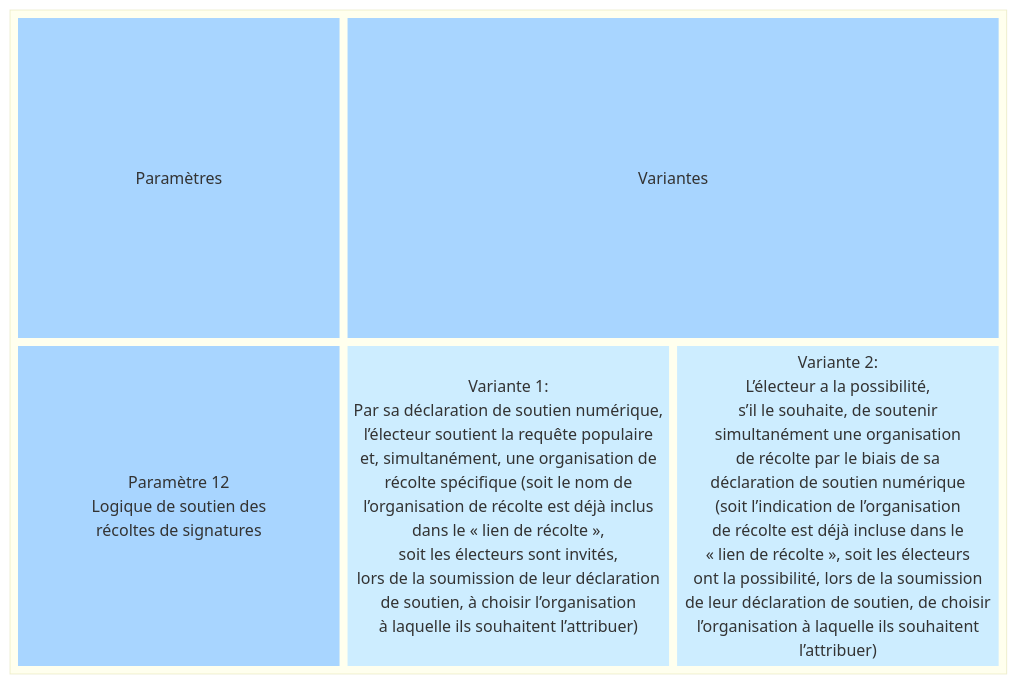
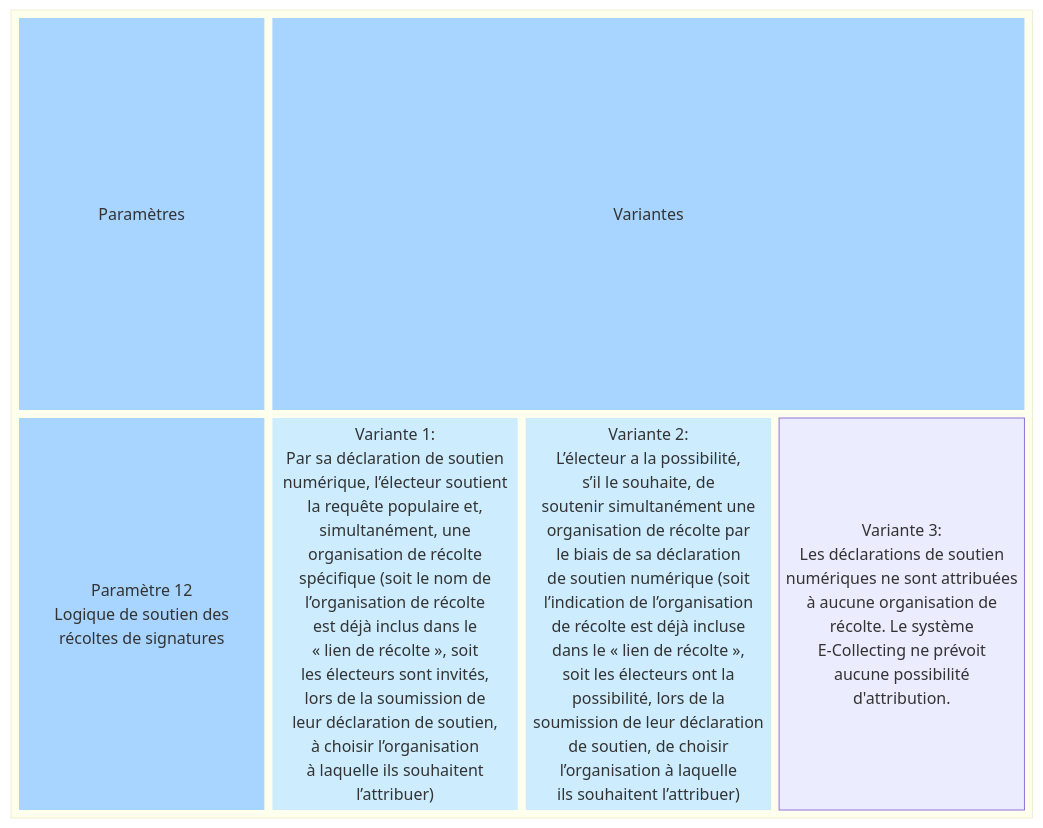
One commit to swiss/e-collecting changed the first of 2 diagrams in docs/morphological-box/parameter-12.md. Above: the diagram before and after it, drawn with Mermaid. The commit also changed other lines of this file, not shown here.

````diff
--- a/docs/morphological-box/parameter-12.md
+++ b/docs/morphological-box/parameter-12.md
@@ -15,40 +15,57 @@
 ```mermaid
 block
   block
-    columns 3
+    columns 4
     t1["Paramètres"]
-    t2["Variantes"]:2
+    t2["Variantes"]:3
     d["Paramètre 12
     Logique de soutien des
     récoltes de signatures "]
     a1["Variante 1:
-    Par sa déclaration de soutien numérique,
-    l’électeur soutient la requête populaire
-    et, simultanément, une organisation de
-    récolte spécifique (soit le nom de
-    l’organisation de récolte est déjà inclus
-    dans le « lien de récolte »,
-    soit les électeurs sont invités,
-    lors de la soumission de leur déclaration
-    de soutien, à choisir l’organisation
-    à laquelle ils souhaitent l’attribuer)"]
+    Par sa déclaration de soutien
+    numérique, l’électeur soutient
+    la requête populaire et,
+    simultanément, une 
+    organisation de récolte
+    spécifique (soit le nom de
+    l’organisation de récolte 
+    est déjà inclus dans le 
+    « lien de récolte », soit
+    les électeurs sont invités,
+    lors de la soumission de 
+    leur déclaration de soutien,
+    à choisir l’organisation
+    à laquelle ils souhaitent
+    l’attribuer)"]
     a2["Variante 2:
     L’électeur a la possibilité,
-    s’il le souhaite, de soutenir
-    simultanément une organisation
-    de récolte par le biais de sa
-    déclaration de soutien numérique
-    (soit l’indication de l’organisation
-    de récolte est déjà incluse dans le
-    « lien de récolte », soit les électeurs
-    ont la possibilité, lors de la soumission
-    de leur déclaration de soutien, de choisir
-    l’organisation à laquelle ils souhaitent
-    l’attribuer)"]
+    s’il le souhaite, de 
+    soutenir simultanément une
+    organisation de récolte par
+    le biais de sa déclaration
+    de soutien numérique (soit
+    l’indication de l’organisation
+    de récolte est déjà incluse
+    dans le « lien de récolte »,
+    soit les électeurs ont la
+    possibilité, lors de la 
+    soumission de leur déclaration
+    de soutien, de choisir 
+    l’organisation à laquelle 
+    ils souhaitent l’attribuer)"]
+    a3["Variante 3:
+    Les déclarations de soutien 
+    numériques ne sont attribuées
+    à aucune organisation de
+    récolte. Le système 
+    E-Collecting ne prévoit
+    aucune possibilité
+    d'attribution.
+    "]
     style t1 fill:#a8d5ff,stroke-width:0px
     style t2 fill:#a8d5ff,stroke-width:0px
     style d fill:#a8d5ff,stroke-width:0px,text-valign:top
     style a1 fill:#cdedff,stroke-width:0px
     style a2 fill:#cdedff,stroke-width:0px
   end
 ```
````
